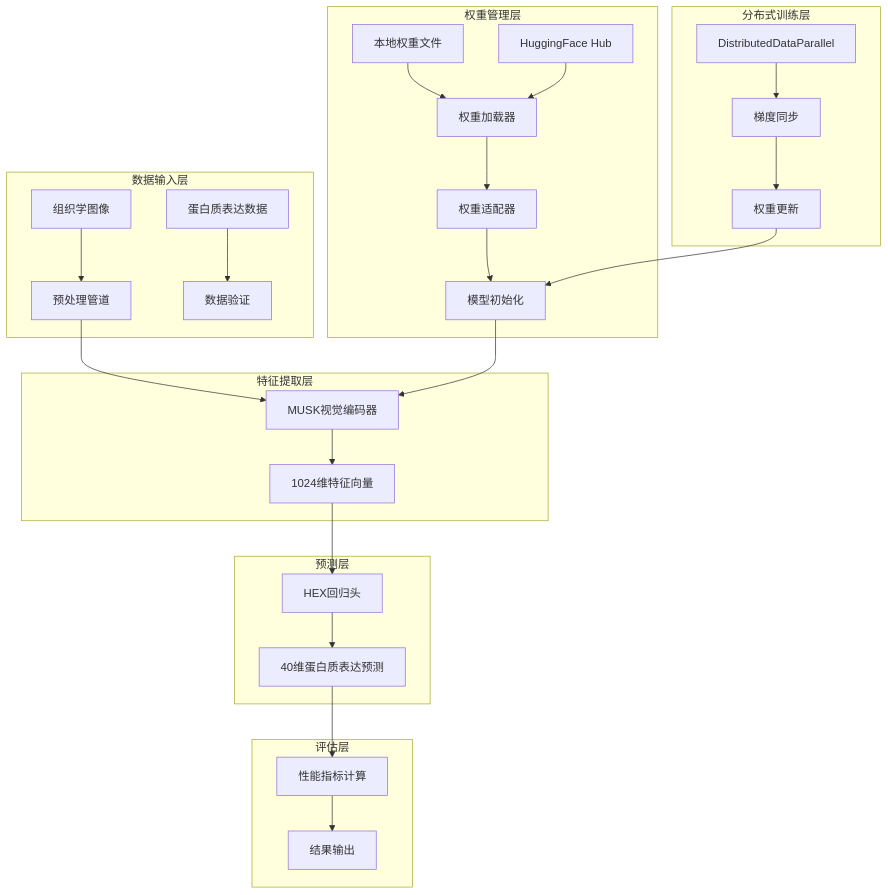
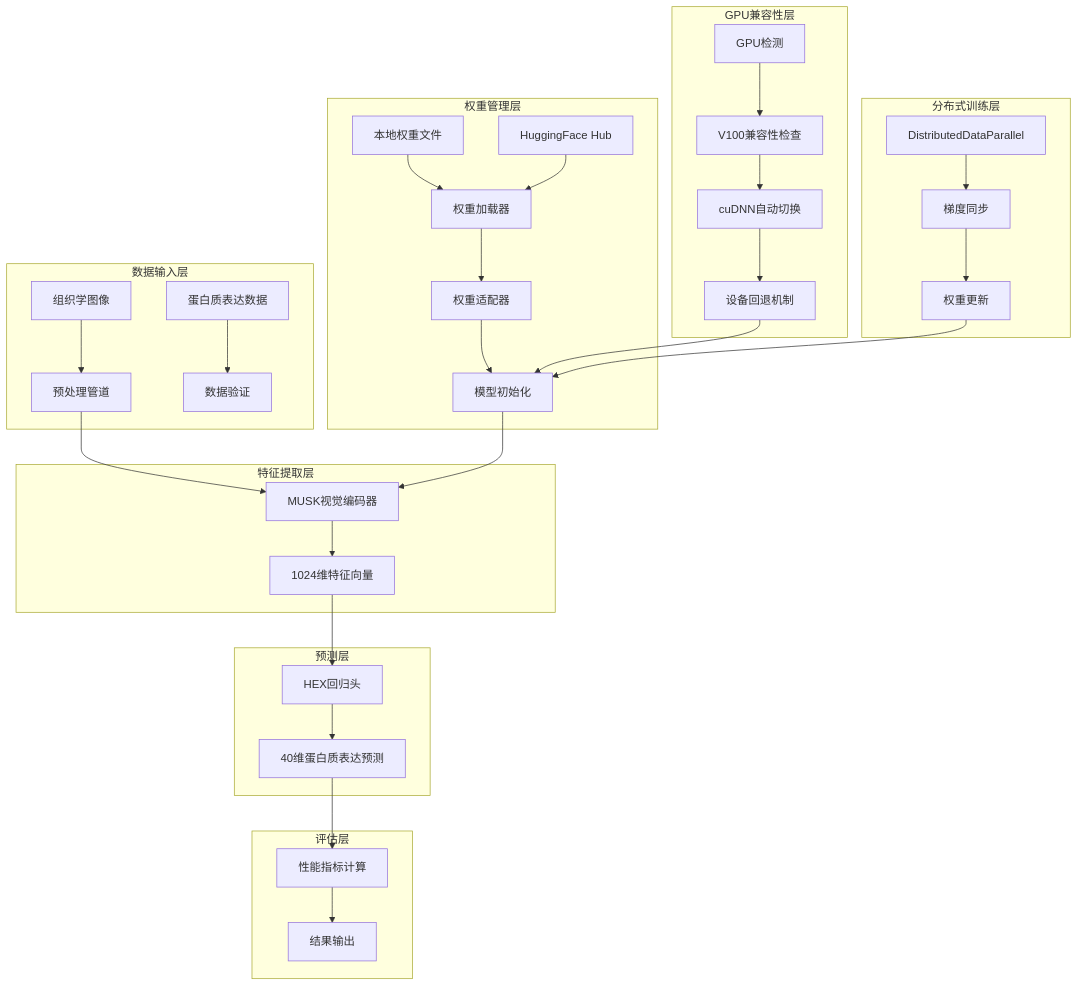
The third of 10 diagrams in .qoder/repowiki/zh/content/HEX模型架构/增强的模型加载与权重管理.md (acproject/HEX), drawn with Mermaid before and after one commit. The commit also changed other lines of this file and 7 other files, not shown here.

````diff
--- a/.qoder/repowiki/zh/content/HEX模型架构/增强的模型加载与权重管理.md
+++ b/.qoder/repowiki/zh/content/HEX模型架构/增强的模型加载与权重管理.md
@@ -133,31 +154,37 @@
 ```mermaid
 graph TB
 subgraph "数据输入层"
 A[组织学图像] --> B[预处理管道]
 C[蛋白质表达数据] --> D[数据验证]
 end
 subgraph "特征提取层"
 B --> E[MUSK视觉编码器]
 E --> F[1024维特征向量]
 end
 subgraph "预测层"
 F --> G[HEX回归头]
 G --> H[40维蛋白质表达预测]
 end
 subgraph "权重管理层"
 I[本地权重文件] --> J[权重加载器]
 K[HuggingFace Hub] --> J
 J --> L[权重适配器]
 L --> M[模型初始化]
 end
+subgraph "GPU兼容性层"
+N[GPU检测] --> O[V100兼容性检查]
+O --> P[cuDNN自动切换]
+P --> Q[设备回退机制]
+end
 subgraph "分布式训练层"
-N[DistributedDataParallel] --> O[梯度同步]
-O --> P[权重更新]
+R[DistributedDataParallel] --> S[梯度同步]
+S --> T[权重更新]
 end
 subgraph "评估层"
-H --> Q[性能指标计算]
-Q --> R[结果输出]
+H --> U[性能指标计算]
+U --> V[结果输出]
 end
 M --> E
-P --> M
+Q --> M
+T --> M
 ```
````
